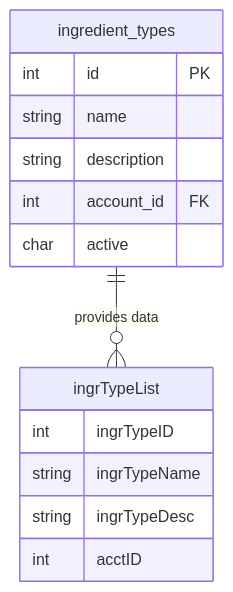
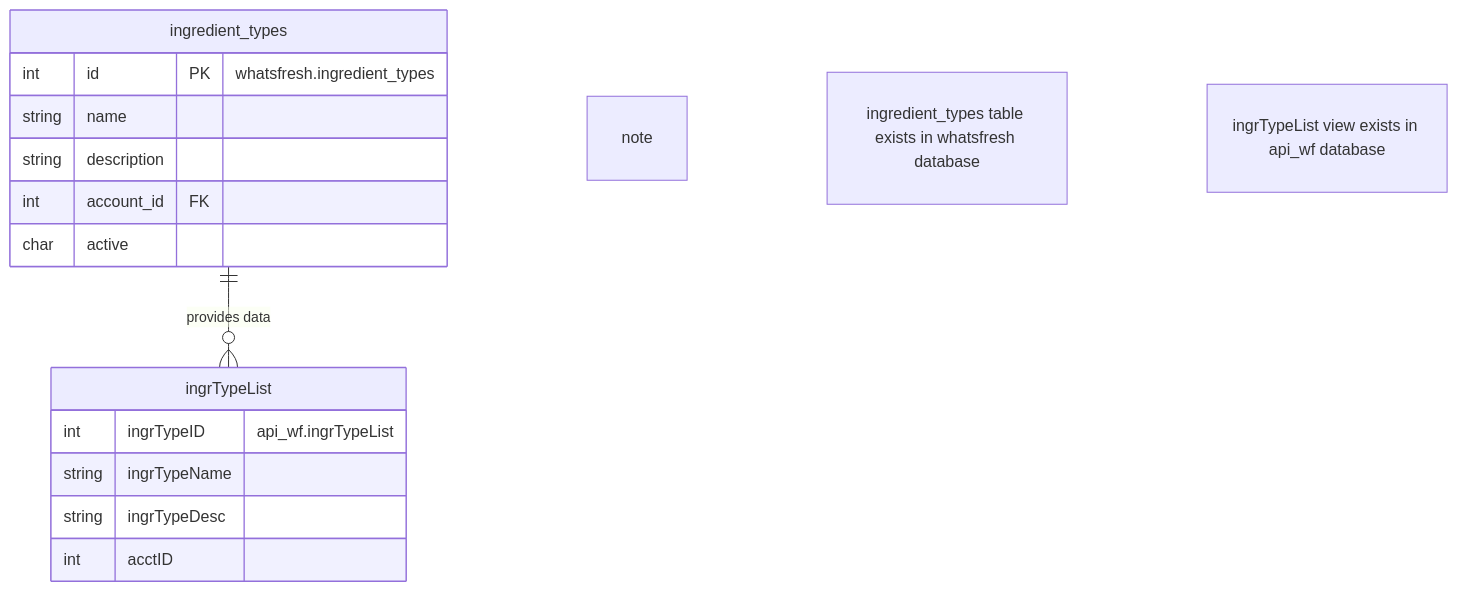
The diagram in server/database/MySQL.mmd (pchambless/whatsfresh-docs), drawn with Mermaid before and after one commit.

Commit message:
Add database to ER diagram

```diff
--- a/server/database/MySQL.mmd
+++ b/server/database/MySQL.mmd
@@ -1,16 +1,21 @@
 erDiagram
+    %% Database: whatsfresh
     ingredient_types ||--o{ ingrTypeList : "provides data"
     ingredient_types {
-        int id PK
+        int id PK "whatsfresh.ingredient_types"
         string name
         string description
         int account_id FK
         char active
     }
 
+    %% Database: api_wf
     ingrTypeList {
-        int ingrTypeID
+        int ingrTypeID "api_wf.ingrTypeList"
         string ingrTypeName
         string ingrTypeDesc
         int acctID
     }
+
+    %% Database relationships across schemas
+    note "ingredient_types table exists in whatsfresh database" "ingrTypeList view exists in api_wf database"
```
